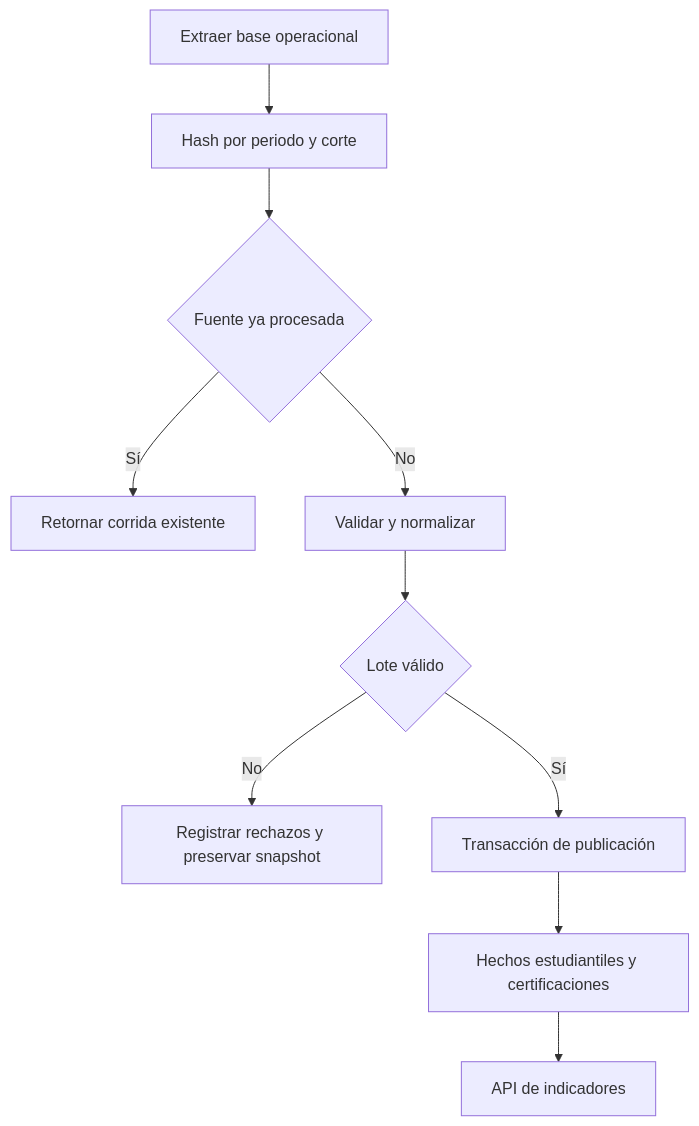
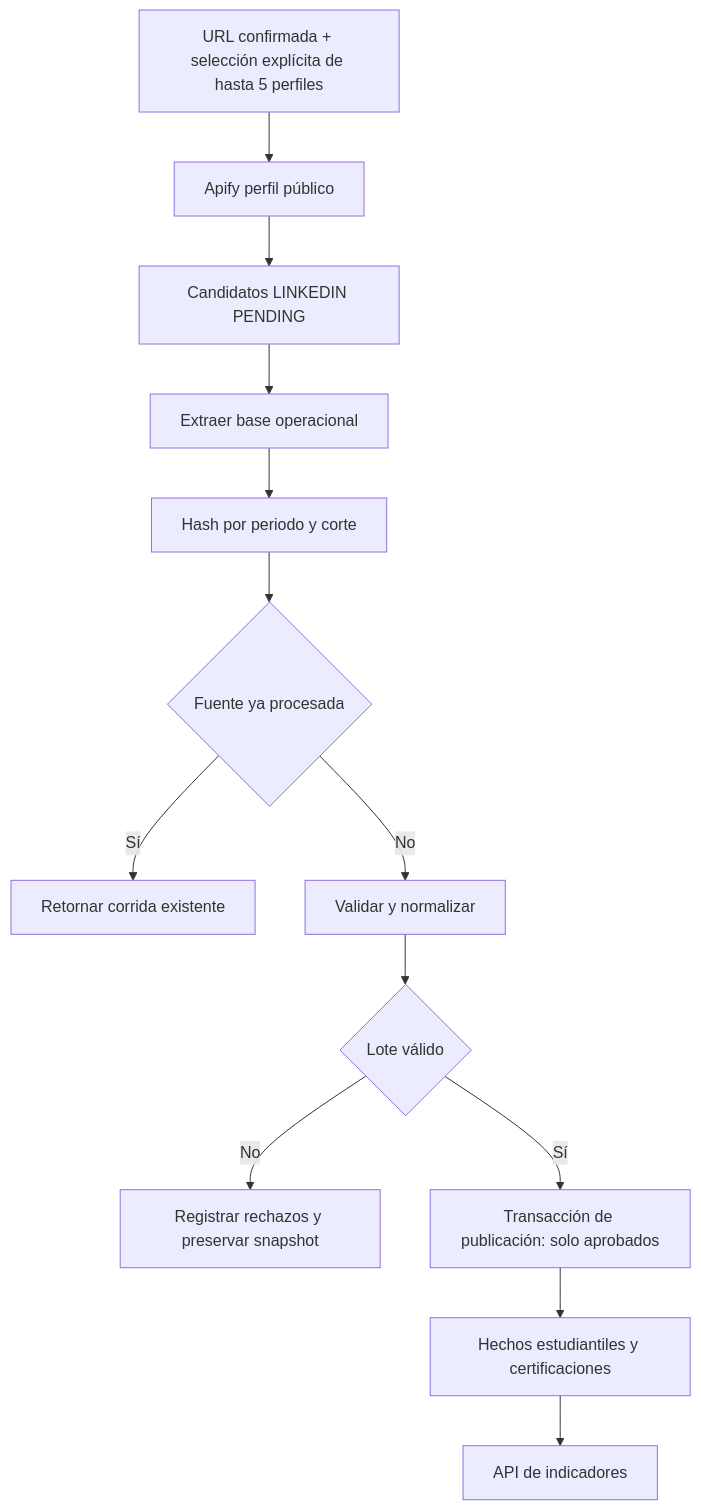
Before and after one commit to Kiara1616/pulse-epis: the diagram in docs/proyecto/14-ETL-y-calidad.md, drawn with Mermaid. The commit also changed other lines of this file and 25 other files, not shown here.

````diff
--- a/docs/proyecto/14-ETL-y-calidad.md
+++ b/docs/proyecto/14-ETL-y-calidad.md
@@ -13,12 +13,15 @@
 ```mermaid
 flowchart TD
     A[Extraer base operacional] --> H[Hash por periodo y corte]
+    L[URL confirmada + selección explícita de hasta 5 perfiles] --> AP[Apify perfil público]
+    AP --> P[Candidatos LINKEDIN PENDING]
+    P --> A
     H --> D{Fuente ya procesada}
     D -->|Sí| R[Retornar corrida existente]
     D -->|No| V[Validar y normalizar]
     V --> Q{Lote válido}
     Q -->|No| X[Registrar rechazos y preservar snapshot]
-    Q -->|Sí| T[Transacción de publicación]
+    Q -->|Sí| T[Transacción de publicación: solo aprobados]
     T --> F[Hechos estudiantiles y certificaciones]
     F --> I[API de indicadores]
 ```
````
